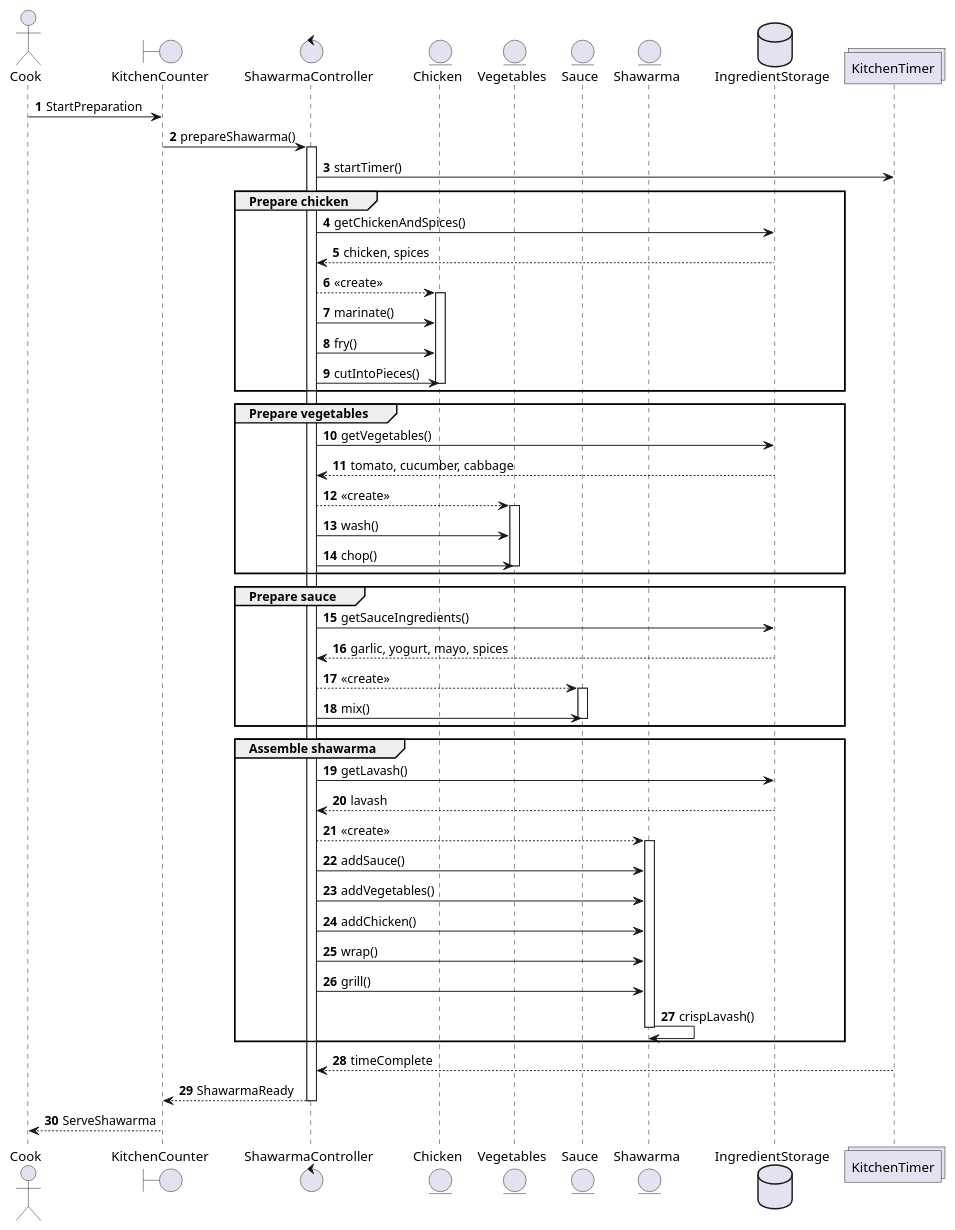
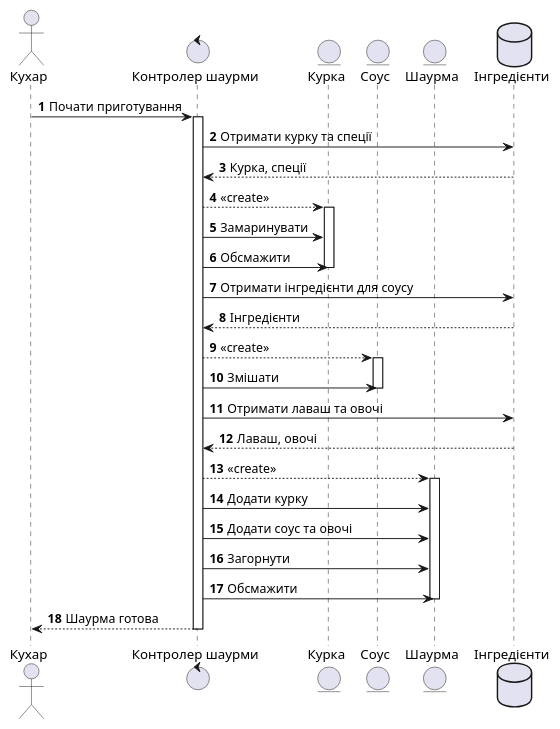
The diagram in LB-3/DanKopylov/sequence.puml (mvoronoy/student-fiesta), drawn with PlantUML before and after one commit.

Commit message:
Add sequence diagram for shawarma preparation

```diff
--- a/LB-3/DanKopylov/sequence.puml
+++ b/LB-3/DanKopylov/sequence.puml
@@ -1,101 +1,46 @@
 @startuml
 
 autonumber
 
-actor "Cook" as cook
-boundary "KitchenCounter" as counter
-control "ShawarmaController" as controller
-entity "Chicken" as chicken
-entity "Vegetables" as vegetables
-entity "Sauce" as sauce
-entity "Shawarma" as shawarma
-database "IngredientStorage" as storage
-collections "KitchenTimer" as timer
+actor "Кухар" as cook
+control "Контролер шаурми" as controller
+entity "Курка" as chicken
+entity "Соус" as sauce
+entity "Шаурма" as shawarma
+database "Інгредієнти" as storage
 
-cook -> counter: StartPreparation
-counter -> controller: prepareShawarma()
+cook -> controller: Почати приготування
 activate controller
 
-controller -> timer: startTimer()
-
-group Prepare chicken
-
-controller -> storage: getChickenAndSpices()
-storage --> controller: chicken, spices
+controller -> storage: Отримати курку та спеції
+storage --> controller: Курка, спеції
 
 controller --> chicken: <<create>>
 activate chicken
-
-controller -> chicken: marinate()
-controller -> chicken: fry()
-
-
-controller -> chicken: cutIntoPieces()
+controller -> chicken: Замаринувати
+controller -> chicken: Обсмажити
 deactivate chicken
 
-end
-
-
-group Prepare vegetables
-
-controller -> storage: getVegetables()
-storage --> controller: tomato, cucumber, cabbage
-
-controller --> vegetables: <<create>>
-activate vegetables
-
-controller -> vegetables: wash()
-controller -> vegetables: chop()
-
-deactivate vegetables
-
-end
-
-
-group Prepare sauce
-
-controller -> storage: getSauceIngredients()
-storage --> controller: garlic, yogurt, mayo, spices
+controller -> storage: Отримати інгредієнти для соусу
+storage --> controller: Інгредієнти
 
 controller --> sauce: <<create>>
 activate sauce
-
-controller -> sauce: mix()
-
+controller -> sauce: Змішати
 deactivate sauce
 
-end
-
-
-group Assemble shawarma
-
-controller -> storage: getLavash()
-storage --> controller: lavash
+controller -> storage: Отримати лаваш та овочі
+storage --> controller: Лаваш, овочі
 
 controller --> shawarma: <<create>>
 activate shawarma
-
-controller -> shawarma: addSauce()
-controller -> shawarma: addVegetables()
-controller -> shawarma: addChicken()
-
-
-
-controller -> shawarma: wrap()
-controller -> shawarma: grill()
-
-shawarma -> shawarma: crispLavash()
-
+controller -> shawarma: Додати курку
+controller -> shawarma: Додати соус та овочі
+controller -> shawarma: Загорнути
+controller -> shawarma: Обсмажити
 deactivate shawarma
 
-end
-
-
-timer --> controller: timeComplete
-
-controller --> counter: ShawarmaReady
+controller --> cook: Шаурма готова
 deactivate controller
 
-counter --> cook: ServeShawarma
-
 @enduml
```
